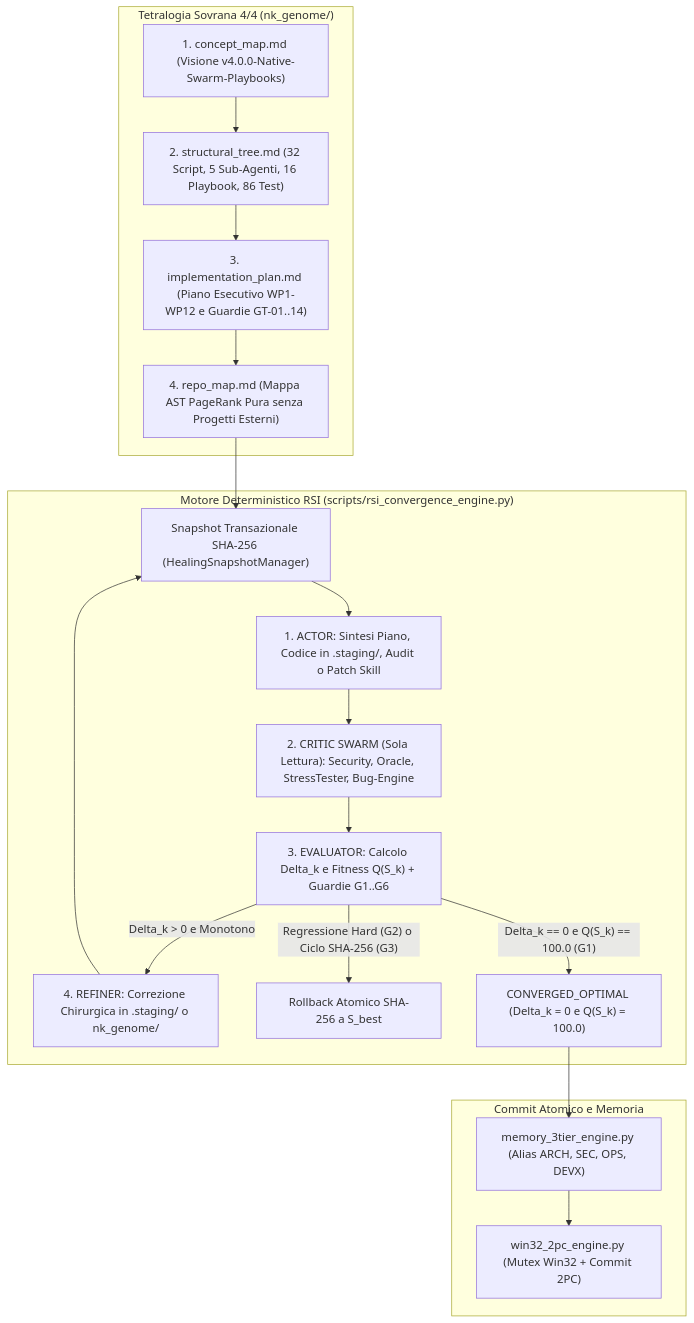
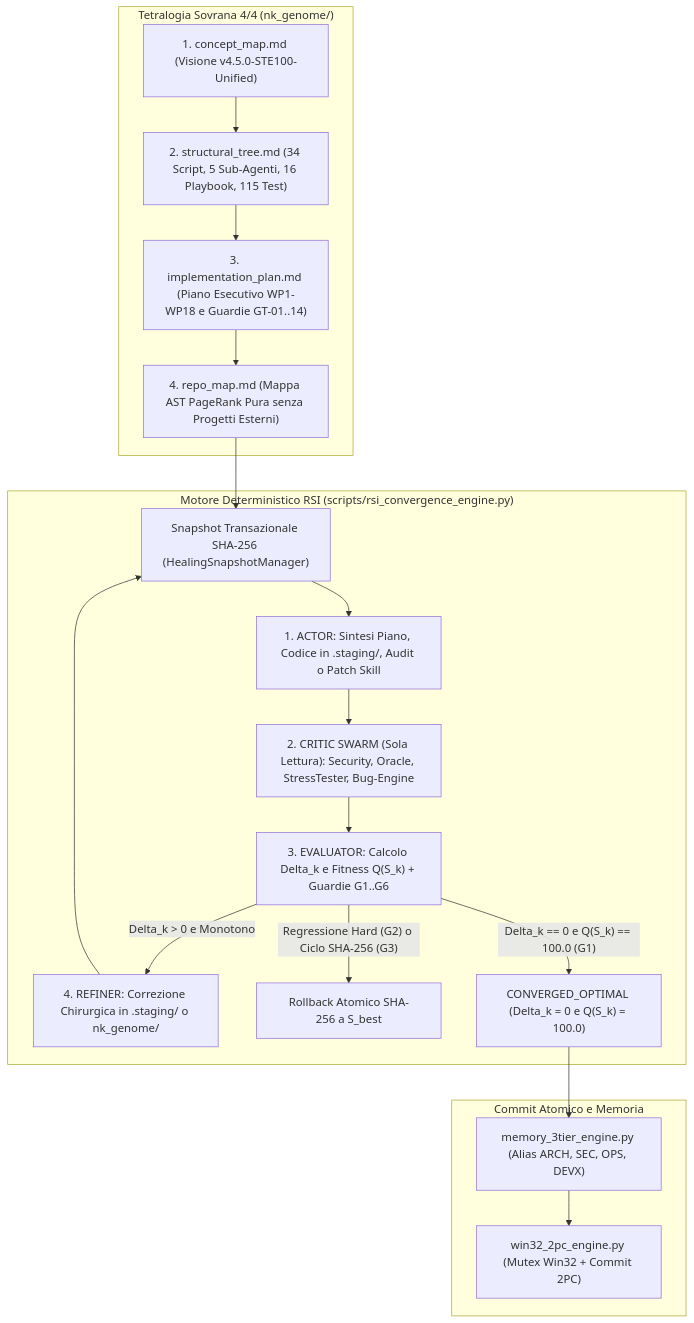
The diagram in nk_genome/concept_map.md (erbaldo86/NK-Hub), drawn with Mermaid before and after one commit. The commit also changed other lines of this file and 66 other files, not shown here.

Commit message:
feat(hub): release v4.5.0-STE100-Unified Holistic Sanitation, 100% Epistemic Propagation & Bilingual Install Guide

````diff
--- a/nk_genome/concept_map.md
+++ b/nk_genome/concept_map.md
@@ -65,32 +68,32 @@
 ```mermaid
 flowchart TD
     subgraph TETRALOGIA["Tetralogia Sovrana 4/4 (nk_genome/)"]
-        CM["1. concept_map.md (Visione v4.0.0-Native-Swarm-Playbooks)"]
-        ST["2. structural_tree.md (32 Script, 5 Sub-Agenti, 16 Playbook, 86 Test)"]
-        IP["3. implementation_plan.md (Piano Esecutivo WP1-WP12 e Guardie GT-01..14)"]
+        CM["1. concept_map.md (Visione v4.5.0-STE100-Unified)"]
+        ST["2. structural_tree.md (34 Script, 5 Sub-Agenti, 16 Playbook, 115 Test)"]
+        IP["3. implementation_plan.md (Piano Esecutivo WP1-WP18 e Guardie GT-01..14)"]
         RM["4. repo_map.md (Mappa AST PageRank Pura senza Progetti Esterni)"]
     end
 
     subgraph RSI_LOOP["Motore Deterministico RSI (scripts/rsi_convergence_engine.py)"]
         SNAP["Snapshot Transazionale SHA-256 (HealingSnapshotManager)"]
         ACT["1. ACTOR: Sintesi Piano, Codice in .staging/, Audit o Patch Skill"]
         CRIT["2. CRITIC SWARM (Sola Lettura): Security, Oracle, StressTester, Bug-Engine"]
         EVAL["3. EVALUATOR: Calcolo Delta_k e Fitness Q(S_k) + Guardie G1..G6"]
         REF["4. REFINER: Correzione Chirurgica in .staging/ o nk_genome/"]
         ROLL["Rollback Atomico SHA-256 a S_best"]
         CONV["CONVERGED_OPTIMAL (Delta_k = 0 e Q(S_k) = 100.0)"]
     end
 
     subgraph COMMIT["Commit Atomico e Memoria"]
         W2P["win32_2pc_engine.py (Mutex Win32 + Commit 2PC)"]
         MEM["memory_3tier_engine.py (Alias ARCH, SEC, OPS, DEVX)"]
     end
 
     CM --> ST --> IP --> RM
     RM --> SNAP
     SNAP --> ACT --> CRIT --> EVAL
     EVAL -- "Regressione Hard (G2) o Ciclo SHA-256 (G3)" --> ROLL
     EVAL -- "Delta_k > 0 e Monotono" --> REF --> SNAP
     EVAL -- "Delta_k == 0 e Q(S_k) == 100.0 (G1)" --> CONV
     CONV --> MEM --> W2P
 ```
````
